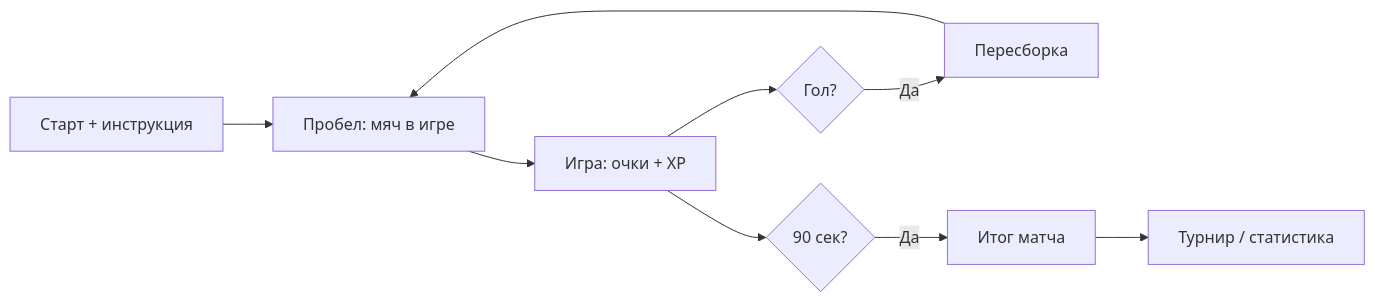
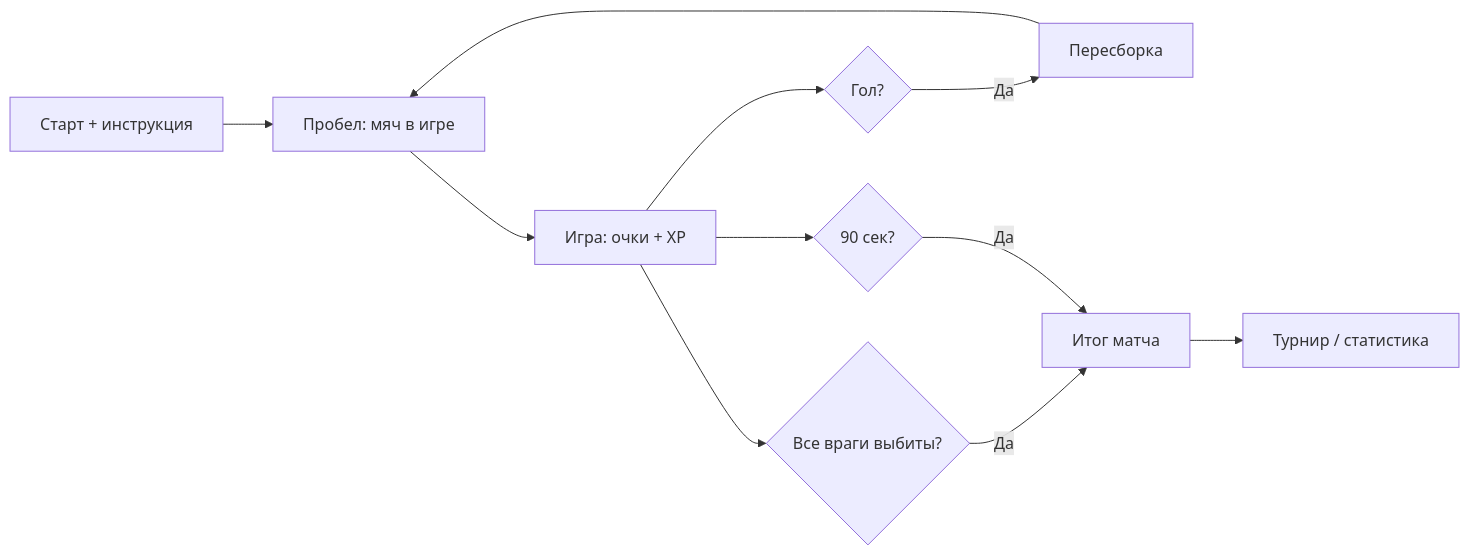
The diagram in Wiki/FutboloidWiki/GDD/02 Игровой цикл.md (DeployChef/Futboloid), drawn with Mermaid before and after one commit. The commit also changed other lines of this file and 16 other files, not shown here.

````diff
--- a/Wiki/FutboloidWiki/GDD/02 Игровой цикл.md
+++ b/Wiki/FutboloidWiki/GDD/02 Игровой цикл.md
@@ -55,11 +70,13 @@
 ```mermaid
 flowchart LR
     A[Старт + инструкция] --> B[Пробел: мяч в игре]
     B --> C[Игра: очки + XP]
     C --> D{Гол?}
     D -->|Да| E[Пересборка]
     E --> B
     C --> F{90 сек?}
-    F -->|Да| G[Итог матча]
+    C --> W{Все враги выбиты?}
+    W -->|Да| G[Итог матча]
+    F -->|Да| G
     G --> H[Турнир / статистика]
 ```
````
